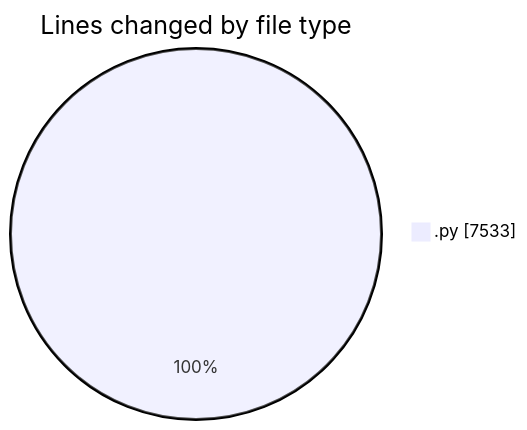
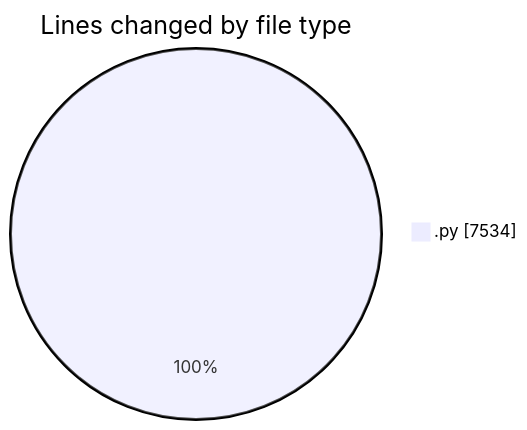
The first of 2 diagrams in 2025-04-18/myws__workspace_/README.md (MatusMokan/code-tracking), drawn with Mermaid before and after one commit. The commit also changed other lines of this file and 1 other file, not shown here.

````diff
--- a/2025-04-18/myws__workspace_/README.md
+++ b/2025-04-18/myws__workspace_/README.md
@@ -24,5 +24,5 @@
 ```mermaid
 pie showData
 title Lines changed by file type
-".py" : 7533
+".py" : 7534
 ```
````
